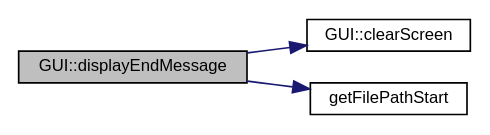
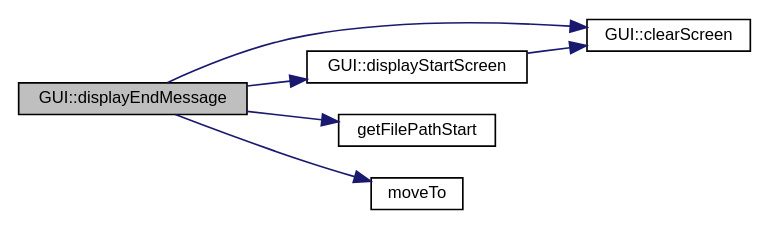
Before and after one commit to jesstyrrell/cosc345: the diagram in class_g_u_i_a663dad721796a4f367c2534e1901fc97_cgraph.dot, drawn with Graphviz. The commit also changed 170 other files, not shown here.

```diff
--- a/class_g_u_i_a663dad721796a4f367c2534e1901fc97_cgraph.dot
+++ b/class_g_u_i_a663dad721796a4f367c2534e1901fc97_cgraph.dot
@@ -1,13 +1,18 @@
 digraph "GUI::displayEndMessage"
 {
  // INTERACTIVE_SVG=YES
  // LATEX_PDF_SIZE
   edge [fontname="Helvetica",fontsize="10",labelfontname="Helvetica",labelfontsize="10"];
   node [fontname="Helvetica",fontsize="10",shape=record];
   rankdir="LR";
   Node1 [label="GUI::displayEndMessage",height=0.2,width=0.4,color="black", fillcolor="grey75", style="filled", fontcolor="black",tooltip="Displays the end message when the game is over."];
   Node1 -> Node2 [color="midnightblue",fontsize="10",style="solid",fontname="Helvetica"];
   Node2 [label="GUI::clearScreen",height=0.2,width=0.4,color="black", fillcolor="white", style="filled",URL="$class_g_u_i.html#acf2275f45170a133113df56f878ff554",tooltip="Clears the console screen."];
   Node1 -> Node3 [color="midnightblue",fontsize="10",style="solid",fontname="Helvetica"];
-  Node3 [label="getFilePathStart",height=0.2,width=0.4,color="black", fillcolor="white", style="filled",URL="$_g_u_i_8cpp.html#a674e968d1ecb5cf741d6625f58378c95",tooltip=" "];
+  Node3 [label="GUI::displayStartScreen",height=0.2,width=0.4,color="black", fillcolor="white", style="filled",URL="$class_g_u_i.html#a0dc53c5a6daa0f01b57c4d4731b4d933",tooltip="Displays the start screen of the game."];
+  Node3 -> Node2 [color="midnightblue",fontsize="10",style="solid",fontname="Helvetica"];
+  Node1 -> Node4 [color="midnightblue",fontsize="10",style="solid",fontname="Helvetica"];
+  Node4 [label="getFilePathStart",height=0.2,width=0.4,color="black", fillcolor="white", style="filled",URL="$_g_u_i_8cpp.html#a674e968d1ecb5cf741d6625f58378c95",tooltip=" "];
+  Node1 -> Node5 [color="midnightblue",fontsize="10",style="solid",fontname="Helvetica"];
+  Node5 [label="moveTo",height=0.2,width=0.4,color="black", fillcolor="white", style="filled",URL="$_g_u_i_8cpp.html#a0fcdefbd8531ccd32fad2d8d6caa7a76",tooltip=" "];
 }
```
